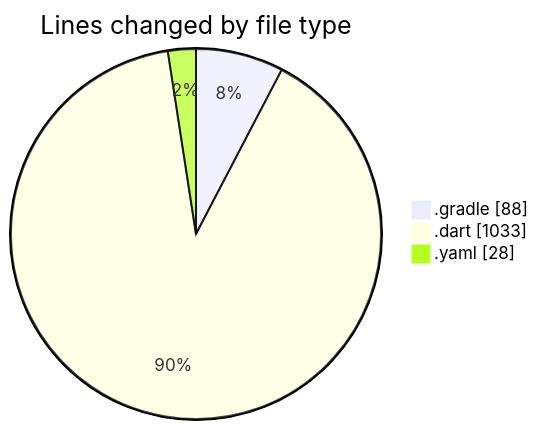
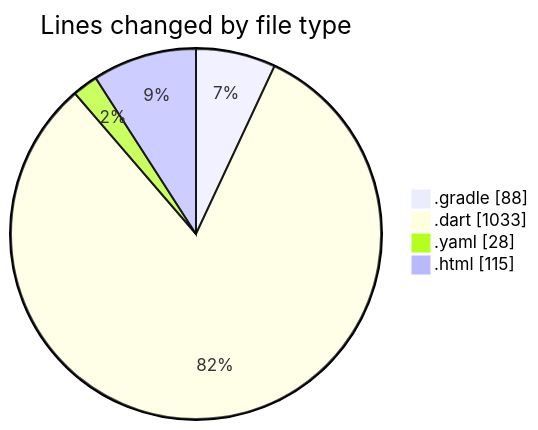
The first of 2 diagrams in 2025-09-07/quanlylink/README.md (lephambinh05/code-tracking), drawn with Mermaid before and after one commit. The commit also changed other lines of this file and 1 other file, not shown here.

````diff
--- a/2025-09-07/quanlylink/README.md
+++ b/2025-09-07/quanlylink/README.md
@@ -26,7 +27,8 @@
 ```mermaid
 pie showData
 title Lines changed by file type
 ".gradle" : 88
 ".dart" : 1033
 ".yaml" : 28
+".html" : 115
 ```
````
